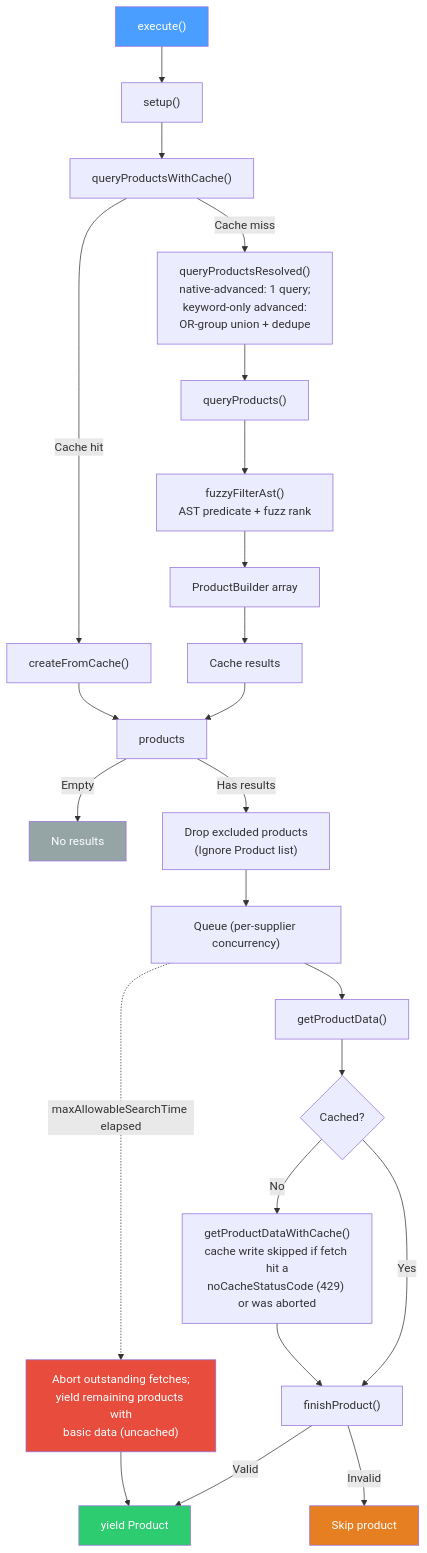
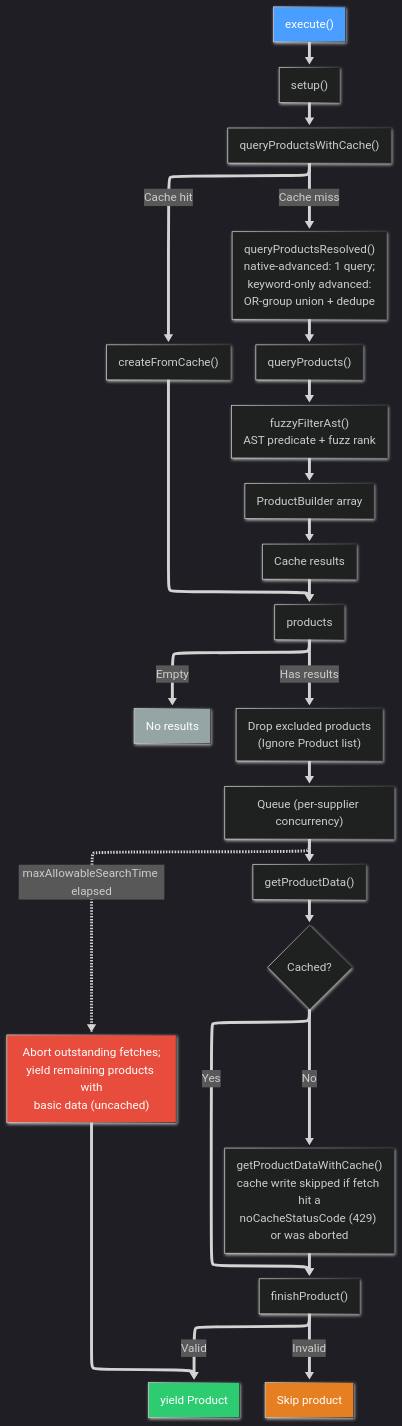
One commit to jhyland87/chem-pal changed the first of 5 diagrams in pages/diagrams/supplier-lifecycle.md. Above: the diagram before and after it, drawn with Mermaid. The commit also changed other lines of this file and 3 other files, not shown here.

````diff
--- a/pages/diagrams/supplier-lifecycle.md
+++ b/pages/diagrams/supplier-lifecycle.md
@@ -9,31 +9,46 @@
 ```mermaid
+---
+config:
+  layout: elk
+  htmlLabels: true
+  markdownAutoWrap: true
+  look: neo
+  theme: dark
+  elk:
+    mergeEdges: true
+    nodePlacementStrategy: BRANDES_KOEPF
+  flowchart:
+    curve: basis
+---
 flowchart TD
+    linkStyle default stroke-width:4px;
+
     A["execute()"] --> B["setup()"]
     B --> C["queryProductsWithCache()"]
     C -->|Cache hit| D["createFromCache()"]
     C -->|Cache miss| R["queryProductsResolved()\nnative-advanced: 1 query;\nkeyword-only advanced:\nOR-group union + dedupe"]
     R --> E["queryProducts()"]
     E --> F["fuzzyFilterAst()\nAST predicate + fuzz rank"]
     F --> G["ProductBuilder array"]
     G --> H["Cache results"]
     H --> I["products"]
     D --> I
     I -->|Empty| J["No results"]
     I -->|Has results| X["Drop excluded products\n(Ignore Product list)"]
     X --> K["Queue (per-supplier concurrency)"]
     K --> L["getProductData()"]
     L --> M{"Cached?"}
     M -->|Yes| O["finishProduct()"]
     M -->|No| N["getProductDataWithCache()\ncache write skipped if fetch hit a\nnoCacheStatusCode (429) or was aborted"]
     N --> O
     O -->|Valid| P["yield Product"]
     O -->|Invalid| Q["Skip product"]
     K -.->|"maxAllowableSearchTime elapsed"| TO["Abort outstanding fetches;\nyield remaining products with\nbasic data (uncached)"]
     TO --> P
 
     style A fill:#4a9eff,color:#fff
     style P fill:#2ecc71,color:#fff
     style J fill:#95a5a6,color:#fff
     style Q fill:#e67e22,color:#fff
     style TO fill:#e74c3c,color:#fff
 ```
````
